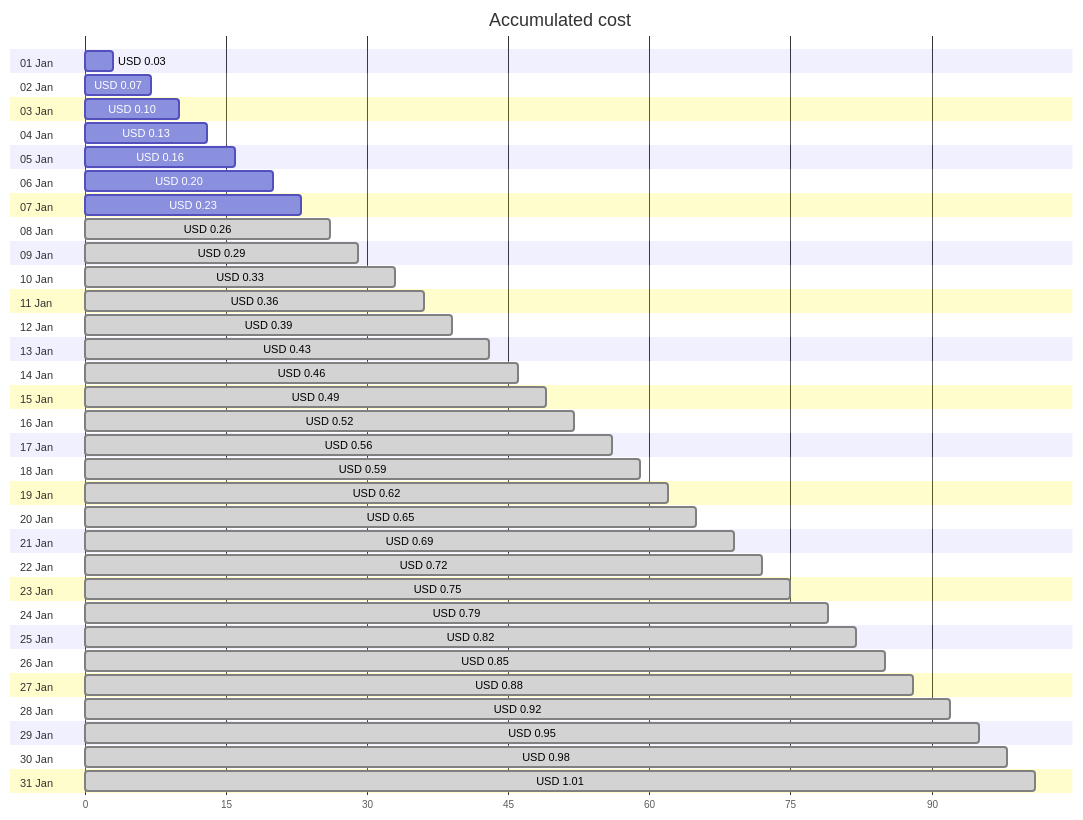
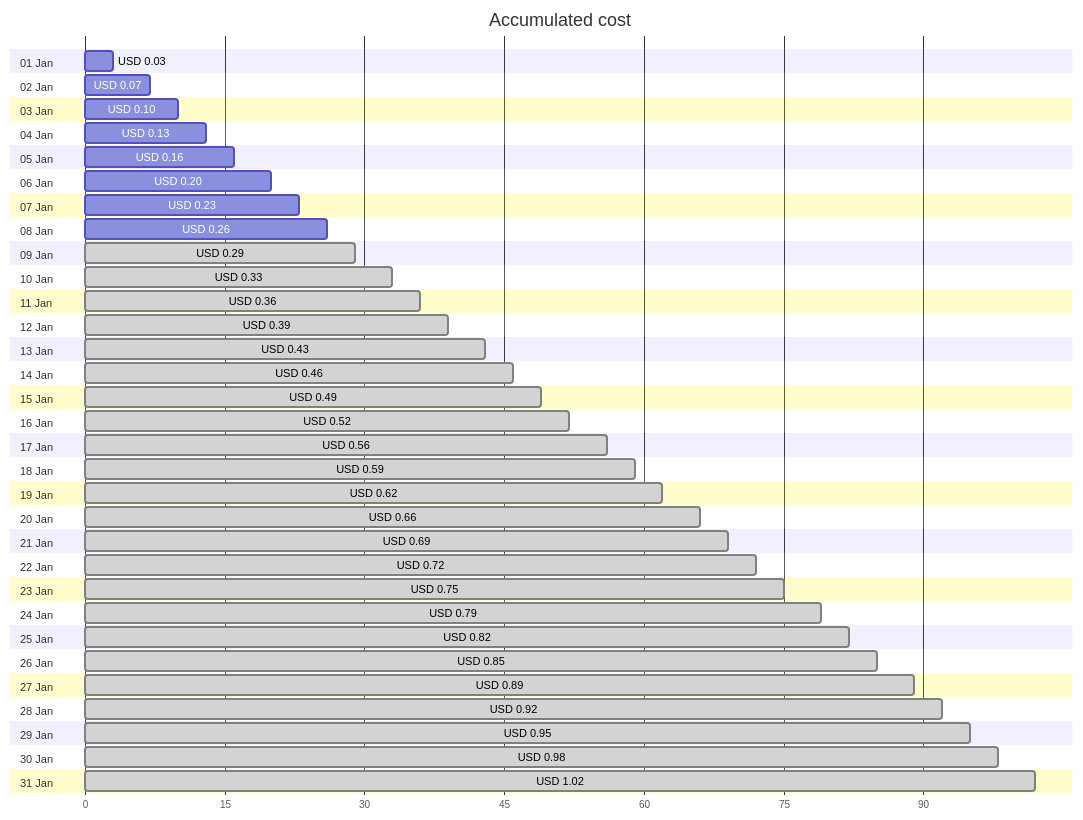
Before and after one commit to jpfulton/azure-personal-reports: the first of 4 diagrams in cost-reports/personal-dns/README.md, drawn with Mermaid. The commit also changed other lines of this file and 2 other files, not shown here.

````diff
--- a/cost-reports/personal-dns/README.md
+++ b/cost-reports/personal-dns/README.md
@@ -20,68 +20,68 @@
 ```mermaid
 gantt
    title Accumulated cost
    dateFormat  X
    axisFormat %s
    section 01 Jan
    USD 0.03 :0, 3
    section 02 Jan
    USD 0.07 :0, 7
    section 03 Jan
    USD 0.10 :0, 10
    section 04 Jan
    USD 0.13 :0, 13
    section 05 Jan
    USD 0.16 :0, 16
    section 06 Jan
    USD 0.20 :0, 20
    section 07 Jan
    USD 0.23 :0, 23
    section 08 Jan
-   USD 0.26 : done, 0, 26
+   USD 0.26 :0, 26
    section 09 Jan
    USD 0.29 : done, 0, 29
    section 10 Jan
    USD 0.33 : done, 0, 33
    section 11 Jan
    USD 0.36 : done, 0, 36
    section 12 Jan
    USD 0.39 : done, 0, 39
    section 13 Jan
    USD 0.43 : done, 0, 43
    section 14 Jan
    USD 0.46 : done, 0, 46
    section 15 Jan
    USD 0.49 : done, 0, 49
    section 16 Jan
    USD 0.52 : done, 0, 52
    section 17 Jan
    USD 0.56 : done, 0, 56
    section 18 Jan
    USD 0.59 : done, 0, 59
    section 19 Jan
    USD 0.62 : done, 0, 62
    section 20 Jan
-   USD 0.65 : done, 0, 65
+   USD 0.66 : done, 0, 66
    section 21 Jan
    USD 0.69 : done, 0, 69
    section 22 Jan
    USD 0.72 : done, 0, 72
    section 23 Jan
    USD 0.75 : done, 0, 75
    section 24 Jan
    USD 0.79 : done, 0, 79
    section 25 Jan
    USD 0.82 : done, 0, 82
    section 26 Jan
    USD 0.85 : done, 0, 85
    section 27 Jan
-   USD 0.88 : done, 0, 88
+   USD 0.89 : done, 0, 89
    section 28 Jan
    USD 0.92 : done, 0, 92
    section 29 Jan
    USD 0.95 : done, 0, 95
    section 30 Jan
    USD 0.98 : done, 0, 98
    section 31 Jan
-   USD 1.01 : done, 0, 101
+   USD 1.02 : done, 0, 102
 ```
````
